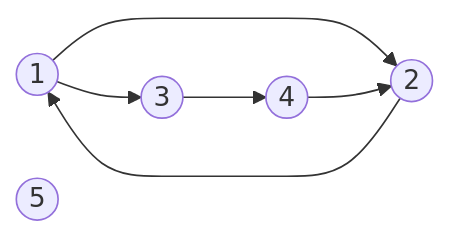
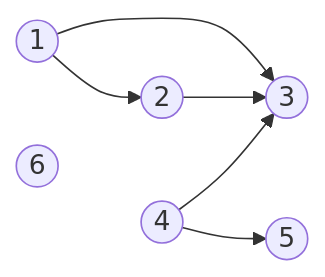
One commit to raresChelariu/AlgPlayground changed the second of 4 diagrams in docs/cpp/algoritmi/clasa-a-11a/grafuri/introducere.md. Above: the diagram before and after it, drawn with Mermaid. The commit also changed other lines of this file, not shown here.

````diff
--- a/docs/cpp/algoritmi/clasa-a-11a/grafuri/introducere.md
+++ b/docs/cpp/algoritmi/clasa-a-11a/grafuri/introducere.md
@@ -71,9 +62,9 @@
 ```mermaid
 flowchart LR
     n1((1)) --> n2((2))
-    n2 --> n1
     n1 --> n3((3))
-    n3 --> n4((4))
-    n4 --> n2
-    n5((5))
+    n2 --> n3
+    n4((4)) --> n3
+    n4 --> n5((5))
+    n6((6))
 ```
````
